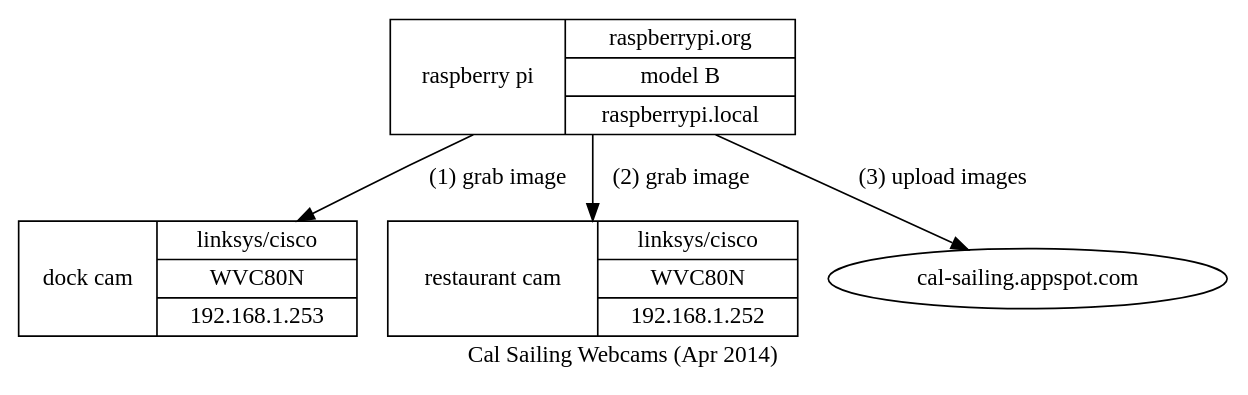
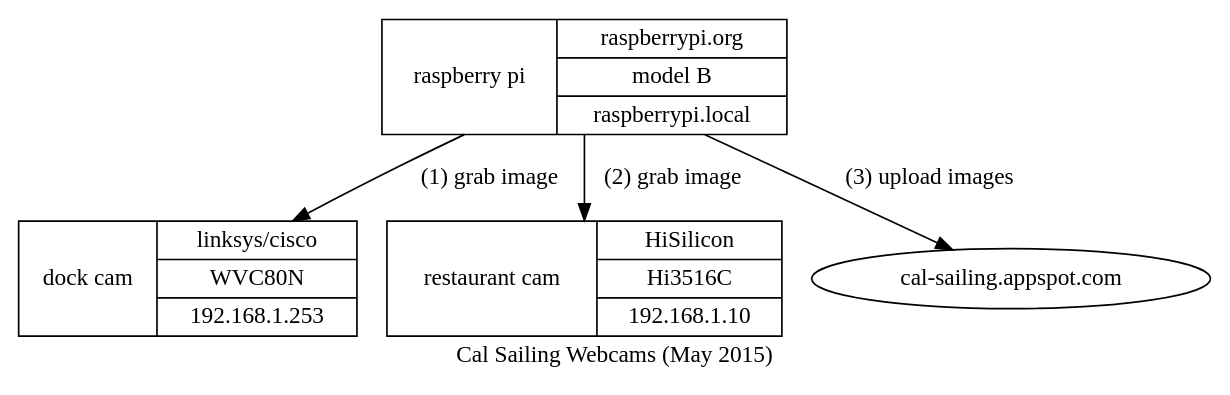
One commit to jhpoelen/cal-sailing-cam changed the diagram in cal-sailing-diagram.dot. Above: the diagram before and after it, drawn with Graphviz. The commit also changed 2 other files, not shown here.

```diff
--- a/cal-sailing-diagram.dot
+++ b/cal-sailing-diagram.dot
@@ -1,18 +1,18 @@
 digraph rendle {
 	"dock" [
        label = "dock cam | { linksys/cisco | WVC80N | 192.168.1.253 }"
        shape = "record"
      ];
 	"restaurant" [
-	   label = "restaurant cam | { linksys/cisco | WVC80N | 192.168.1.252 }"
+	   label = "restaurant cam | { HiSilicon  | Hi3516C | 192.168.1.10 }"
 	   shape = "record"
 	];
     "raspberry" [
 		label = "raspberry pi | { raspberrypi.org | model B | raspberrypi.local }"
 		shape = "record"
 	]
 	"raspberry"->"dock"[label="(1) grab image"]
 	"raspberry"->"restaurant"[label="(2) grab image"]
 	"raspberry"->"cal-sailing.appspot.com"[label="(3) upload images"]
-    label="Cal Sailing Webcams (Apr 2014)";
+    label="Cal Sailing Webcams (May 2015)";
 }
```
